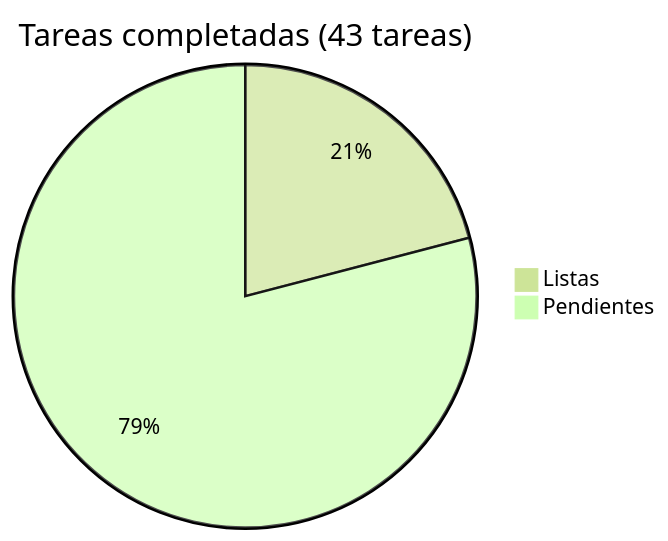
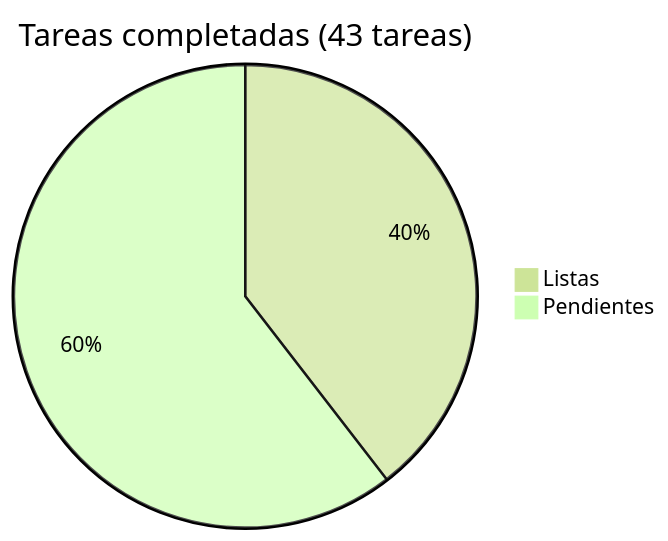
One commit to adelgadox/centroacopiove changed the diagram in docs/roadmap/README.md. Above: the diagram before and after it, drawn with Mermaid (forest theme). The commit also changed other lines of this file and 23 other files, not shown here.

````diff
--- a/docs/roadmap/README.md
+++ b/docs/roadmap/README.md
@@ -5,5 +5,5 @@
 ```mermaid
 pie title Tareas completadas (43 tareas)
-    "Listas" : 9
-    "Pendientes" : 34
+    "Listas" : 17
+    "Pendientes" : 26
 ```
````
